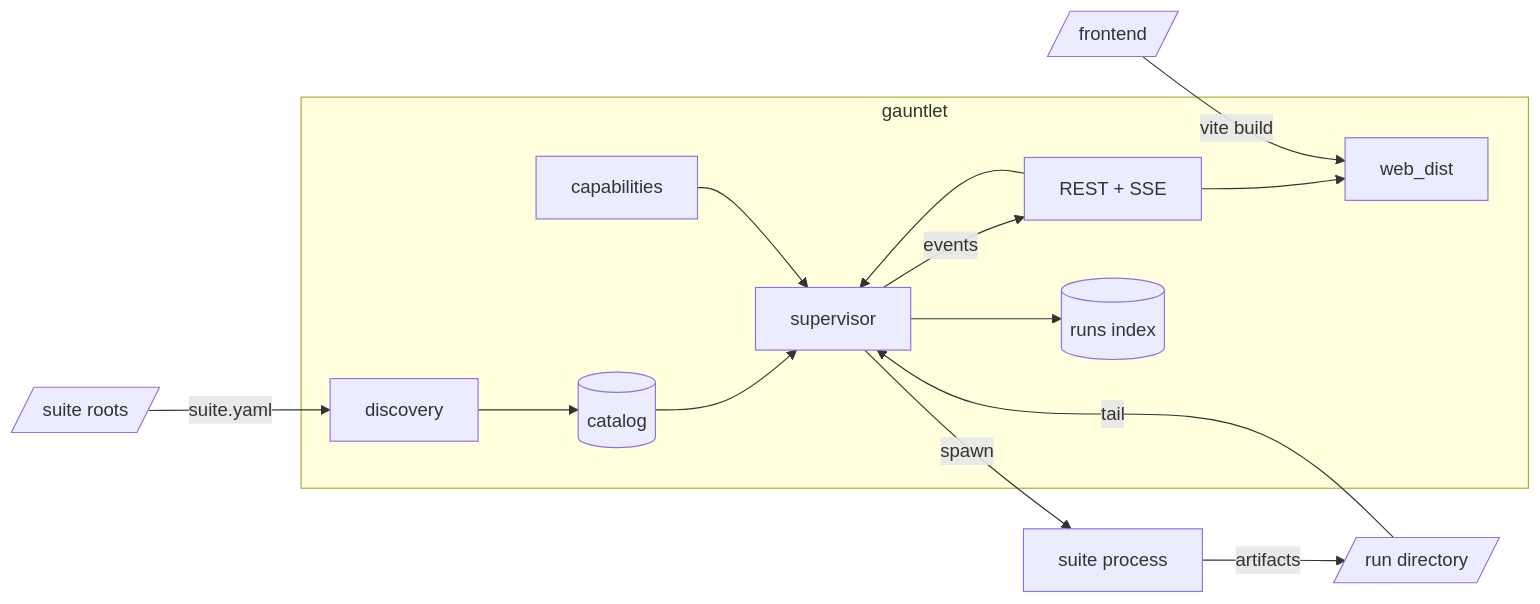
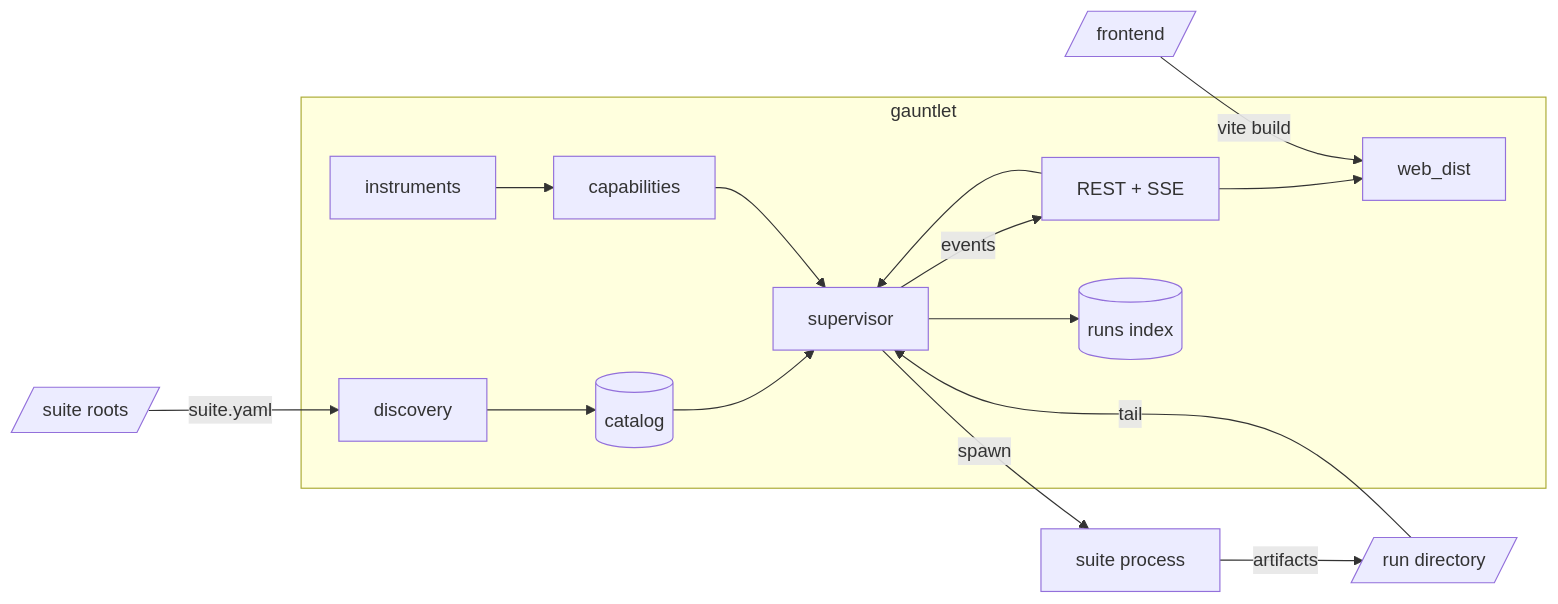
One commit to trl11/trl-gauntlet changed the diagram in docs/architecture.md. Above: the diagram before and after it, drawn with Mermaid. The commit also changed other lines of this file and 31 other files, not shown here.

````diff
--- a/docs/architecture.md
+++ b/docs/architecture.md
@@ -8,18 +8,19 @@
 ```mermaid
 flowchart LR
     subgraph app["gauntlet"]
         DISC[discovery] --> CAT[(catalog)]
         API[REST + SSE] --> SUP[supervisor]
         CAT --> SUP
-        CAP[capabilities] --> SUP
+        INST[instruments] --> CAP[capabilities]
+        CAP --> SUP
         SUP --> IDX[(runs index)]
         API --> DIST[web_dist]
     end
 
     ROOTS[/suite roots/] -->|suite.yaml| DISC
     SUP -->|spawn| PROC[suite process]
     PROC -->|artifacts| RUN[/run directory/]
     RUN -->|tail| SUP
     SUP -->|events| API
     FRONTEND[/frontend/] -->|vite build| DIST
 ```
````
